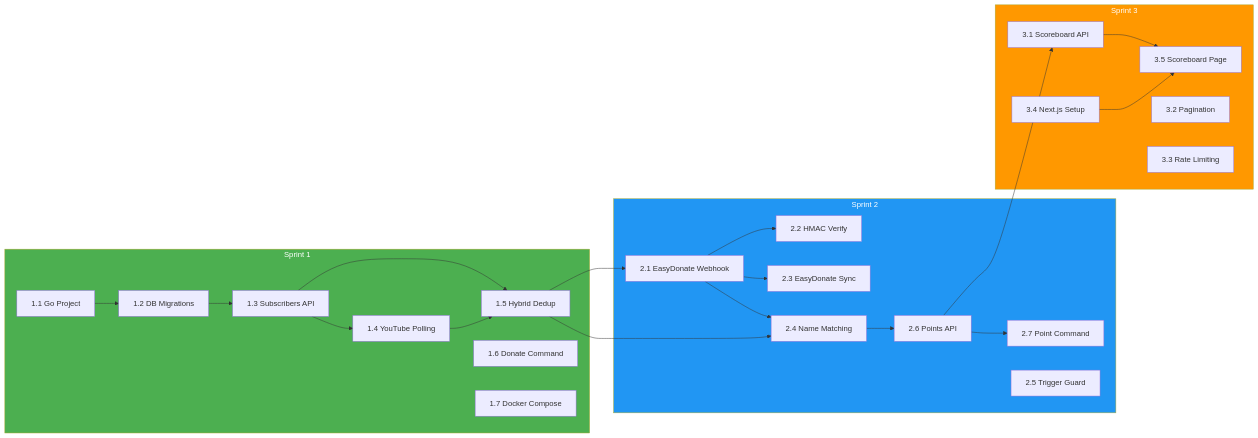
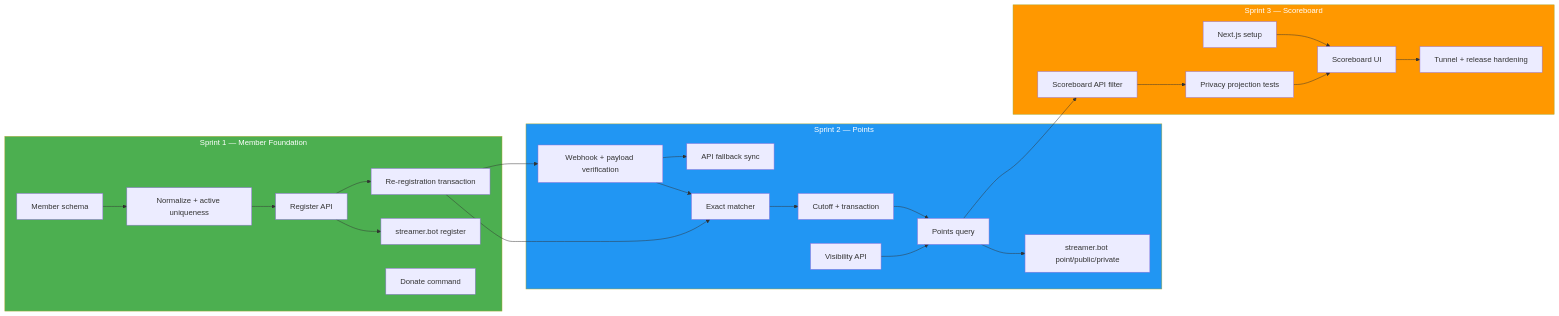
One commit to oat431/document_template changed the second of 2 diagrams in external_plan/phase1-deerngo-bot-mvp.md. Above: the diagram before and after it, drawn with Mermaid. The commit also changed other lines of this file and 32 other files, not shown here.

````diff
--- a/external_plan/phase1-deerngo-bot-mvp.md
+++ b/external_plan/phase1-deerngo-bot-mvp.md
@@ -272,36 +255,35 @@
 ```mermaid
 flowchart LR
-    subgraph Sprint1["Sprint 1"]
-        S1_1[1.1 Go Project] --> S1_2[1.2 DB Migrations]
-        S1_2 --> S1_3[1.3 Subscribers API]
-        S1_3 --> S1_4[1.4 YouTube Polling]
-        S1_3 --> S1_5[1.5 Hybrid Dedup]
-        S1_4 --> S1_5
-        S1_6[1.6 Donate Command]
-        S1_7[1.7 Docker Compose]
+    subgraph Sprint1["Sprint 1 — Member Foundation"]
+        S1A["Member schema"] --> S1B["Normalize + active uniqueness"]
+        S1B --> S1C["Register API"]
+        S1C --> S1D["Re-registration transaction"]
+        S1C --> S1E["streamer.bot register"]
+        S1F["Donate command"]
     end
 
-    subgraph Sprint2["Sprint 2"]
-        S2_1[2.1 EasyDonate Webhook] --> S2_2[2.2 HMAC Verify]
-        S2_1 --> S2_3[2.3 EasyDonate Sync]
-        S2_1 --> S2_4[2.4 Name Matching]
-        S2_4 --> S2_6[2.6 Points API]
-        S2_6 --> S2_7[2.7 Point Command]
-        S2_5[2.5 Trigger Guard]
+    subgraph Sprint2["Sprint 2 — Points"]
+        S2A["Webhook + payload verification"] --> S2B["API fallback sync"]
+        S2A --> S2C["Exact matcher"]
+        S2C --> S2D["Cutoff + transaction"]
+        S2D --> S2E["Points query"]
+        S2F["Visibility API"] --> S2E
+        S2E --> S2G["streamer.bot point/public/private"]
     end
 
-    subgraph Sprint3["Sprint 3"]
-        S3_1[3.1 Scoreboard API] --> S3_5[3.5 Scoreboard Page]
-        S3_2[3.2 Pagination]
-        S3_3[3.3 Rate Limiting]
-        S3_4[3.4 Next.js Setup] --> S3_5
+    subgraph Sprint3["Sprint 3 — Scoreboard"]
+        S3A["Scoreboard API filter"] --> S3B["Privacy projection tests"]
+        S3C["Next.js setup"] --> S3D["Scoreboard UI"]
+        S3B --> S3D
+        S3E["Tunnel + release hardening"]
     end
 
-    S1_5 --> S2_1
-    S1_5 --> S2_4
-    S2_6 --> S3_1
+    S1D --> S2A
+    S1D --> S2C
+    S2E --> S3A
+    S3D --> S3E
 
     style Sprint1 fill:#4CAF50,color:#fff
     style Sprint2 fill:#2196F3,color:#fff
     style Sprint3 fill:#FF9800,color:#fff
 ```
````
